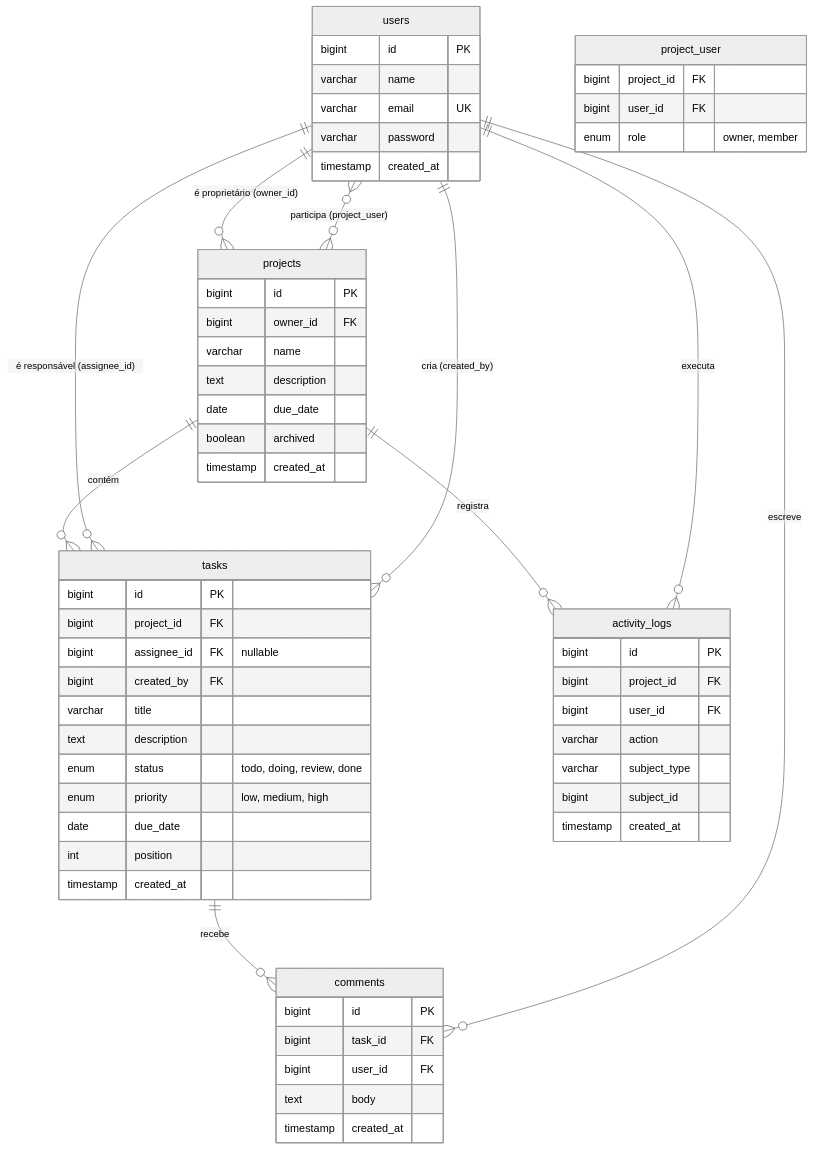
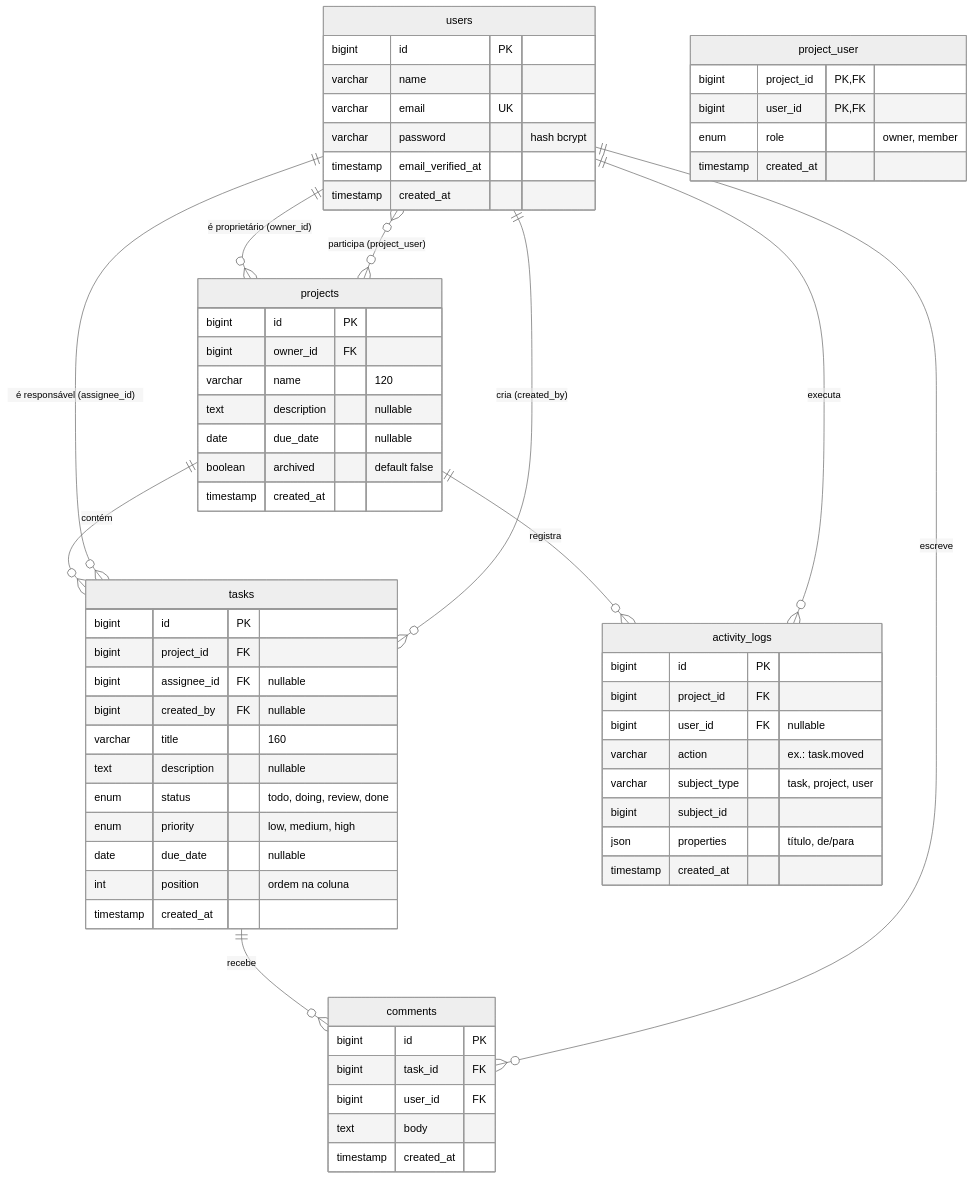
One commit to Noqir/gestao-projetos changed the diagram in docs/BANCO_DE_DADOS.md. Above: the diagram before and after it, drawn with Mermaid (neutral theme). The commit also changed other lines of this file and 21 other files, not shown here.

````diff
--- a/docs/BANCO_DE_DADOS.md
+++ b/docs/BANCO_DE_DADOS.md
@@ -7,63 +7,66 @@
 ```mermaid
 erDiagram
     users ||--o{ projects : "é proprietário (owner_id)"
     users }o--o{ projects : "participa (project_user)"
     projects ||--o{ tasks : contém
     users ||--o{ tasks : "é responsável (assignee_id)"
     users ||--o{ tasks : "cria (created_by)"
     tasks ||--o{ comments : recebe
     users ||--o{ comments : escreve
     projects ||--o{ activity_logs : registra
     users ||--o{ activity_logs : executa
 
     users {
         bigint id PK
         varchar name
         varchar email UK
-        varchar password
+        varchar password "hash bcrypt"
+        timestamp email_verified_at
         timestamp created_at
     }
     projects {
         bigint id PK
         bigint owner_id FK
-        varchar name
-        text description
-        date due_date
-        boolean archived
+        varchar name "120"
+        text description "nullable"
+        date due_date "nullable"
+        boolean archived "default false"
         timestamp created_at
     }
     project_user {
-        bigint project_id FK
-        bigint user_id FK
+        bigint project_id PK,FK
+        bigint user_id PK,FK
         enum role "owner, member"
+        timestamp created_at
     }
     tasks {
         bigint id PK
         bigint project_id FK
         bigint assignee_id FK "nullable"
-        bigint created_by FK
-        varchar title
-        text description
+        bigint created_by FK "nullable"
+        varchar title "160"
+        text description "nullable"
         enum status "todo, doing, review, done"
         enum priority "low, medium, high"
-        date due_date
-        int position
+        date due_date "nullable"
+        int position "ordem na coluna"
         timestamp created_at
     }
     comments {
         bigint id PK
         bigint task_id FK
         bigint user_id FK
         text body
         timestamp created_at
     }
     activity_logs {
         bigint id PK
         bigint project_id FK
-        bigint user_id FK
-        varchar action
-        varchar subject_type
+        bigint user_id FK "nullable"
+        varchar action "ex.: task.moved"
+        varchar subject_type "task, project, user"
         bigint subject_id
+        json properties "título, de/para"
         timestamp created_at
     }
 ```
````
